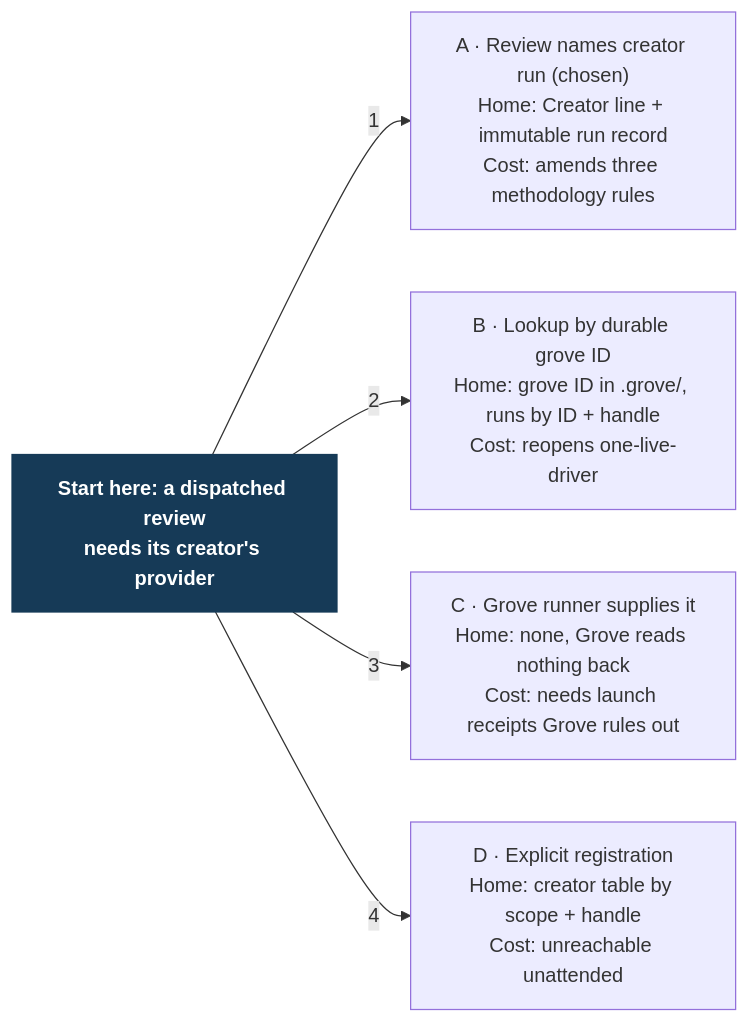
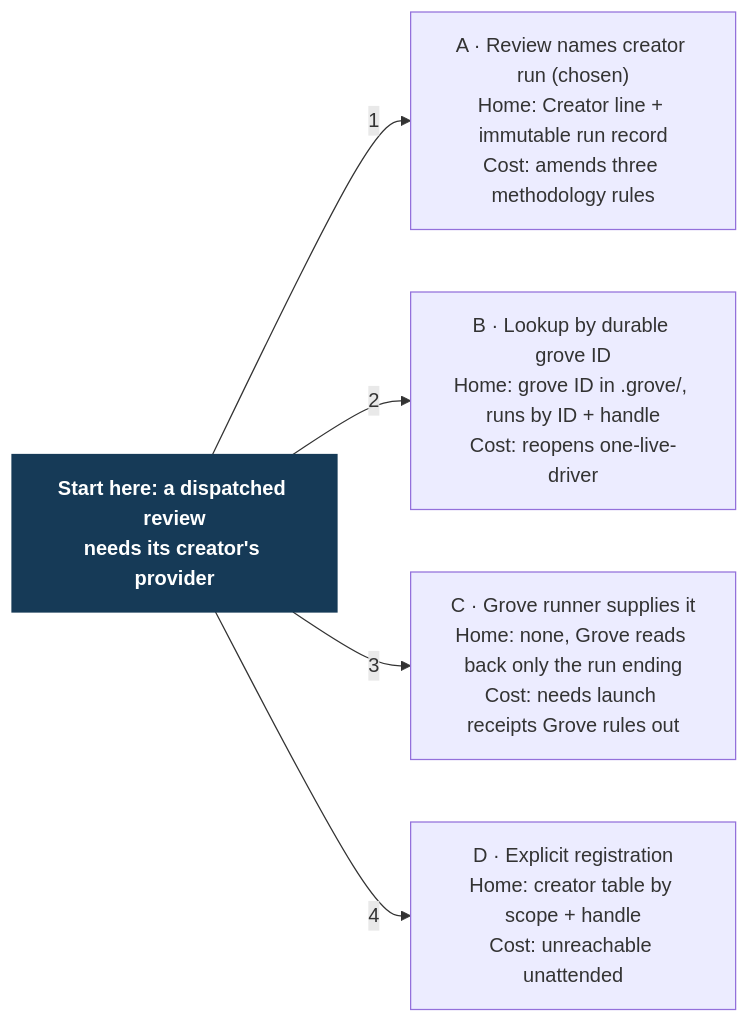
Before and after one commit to Linkuistics/grove: the diagram in docs/design/harness-selection-and-execution/creator-options.mmd, drawn with Mermaid. The commit also changed 31 other files, not shown here.

```diff
--- a/docs/design/harness-selection-and-execution/creator-options.mmd
+++ b/docs/design/harness-selection-and-execution/creator-options.mmd
@@ -1,11 +1,11 @@
 flowchart LR
   Q["Start here: a dispatched review\nneeds its creator's provider"]:::start
   A["A · Review names creator run (chosen)\nHome: Creator line + immutable run record\nCost: amends three methodology rules"]
   B["B · Lookup by durable grove ID\nHome: grove ID in .grove/, runs by ID + handle\nCost: reopens one-live-driver"]
-  C["C · Grove runner supplies it\nHome: none, Grove reads nothing back\nCost: needs launch receipts Grove rules out"]
+  C["C · Grove runner supplies it\nHome: none, Grove reads back only the run ending\nCost: needs launch receipts Grove rules out"]
   D["D · Explicit registration\nHome: creator table by scope + handle\nCost: unreachable unattended"]
   Q -->|"1"| A
   Q -->|"2"| B
   Q -->|"3"| C
   Q -->|"4"| D
   classDef start fill:#163a57,color:#fff,stroke:#163a57,font-weight:bold
```
